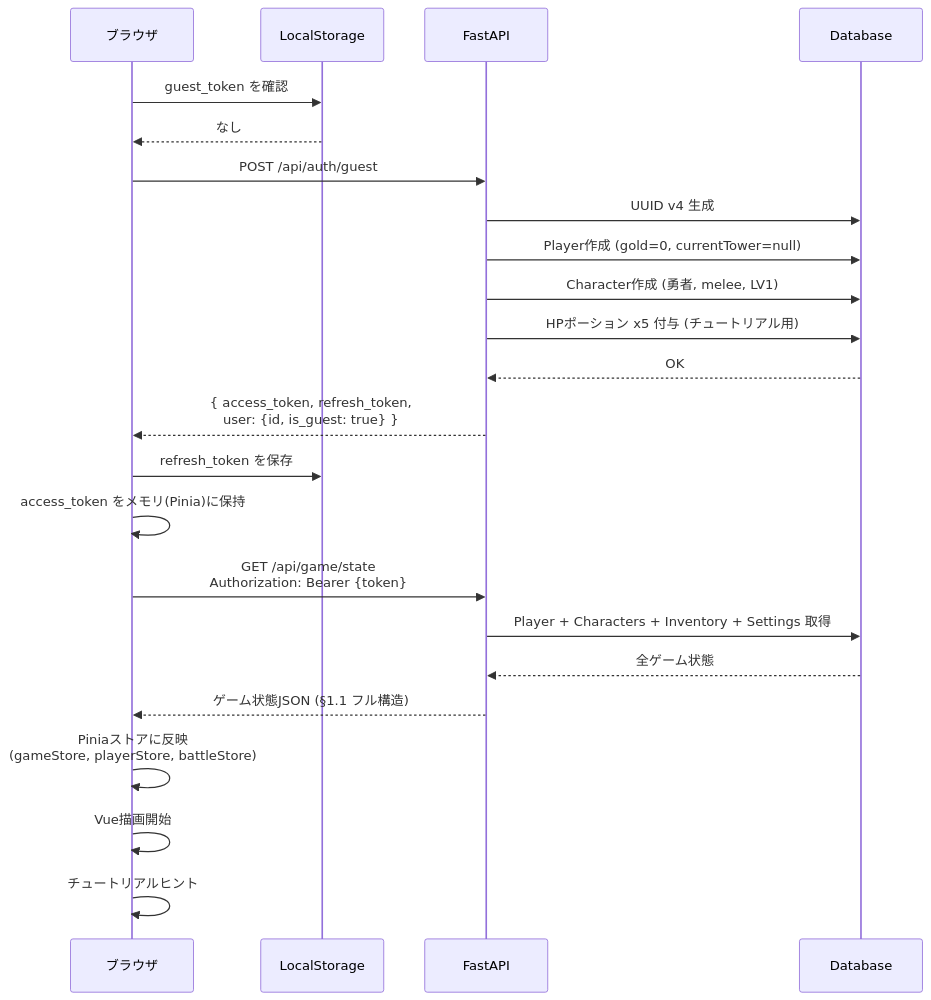
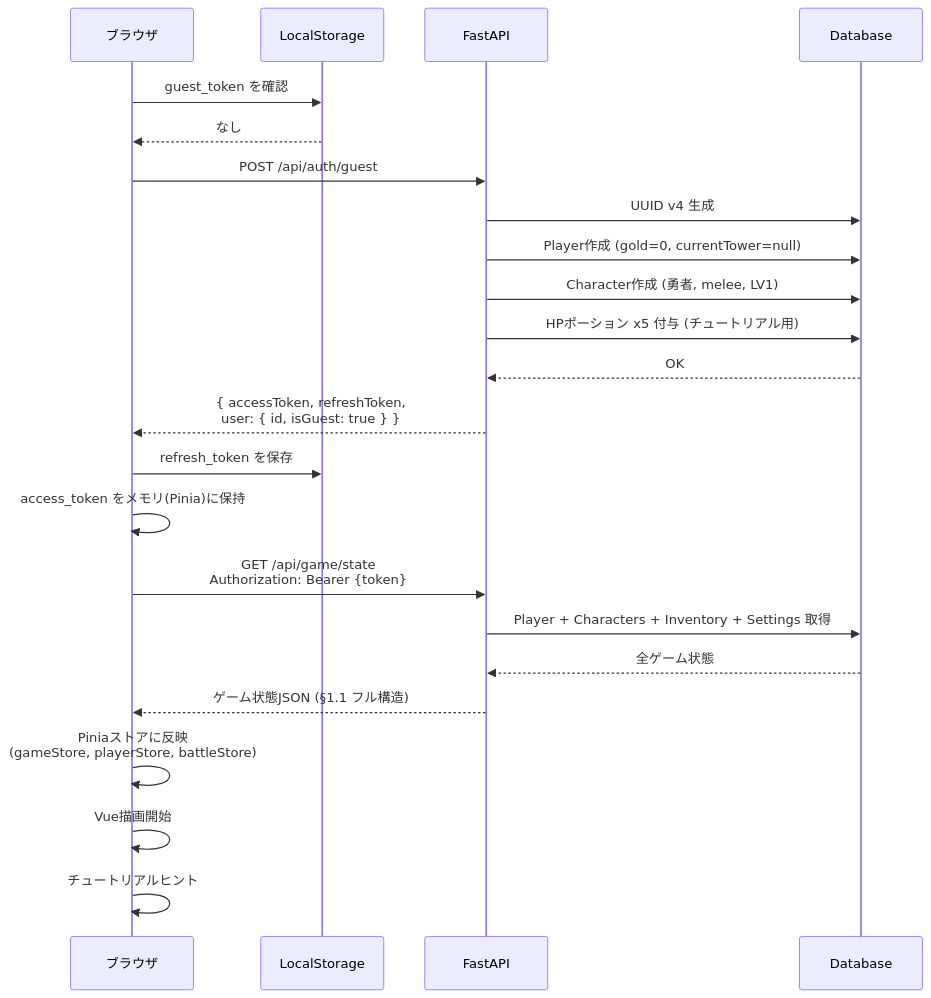
Before and after one commit to dateeee/2026_AFKGAME: the first of 14 diagrams in diagrams/api_sequence.md, drawn with Mermaid. The commit also changed other lines of this file and 34 other files, not shown here.

First line of the commit message:
docs+fix: 工程定義に基づく要件〜詳細設計の見直し — 全仕様書・設計図レビューと指摘修正

````diff
--- a/diagrams/api_sequence.md
+++ b/diagrams/api_sequence.md
@@ -7,31 +7,31 @@
 ```mermaid
 %%{init: {'theme': 'default', 'sequence': {'actorFontSize': 18, 'messageFontSize': 16, 'noteFontSize': 14}} }%%
 sequenceDiagram
     participant B as ブラウザ
     participant LS as LocalStorage
     participant API as FastAPI
     participant DB as Database
 
     B->>LS: guest_token を確認
     LS-->>B: なし
 
     B->>API: POST /api/auth/guest
     API->>DB: UUID v4 生成
     API->>DB: Player作成 (gold=0, currentTower=null)
     API->>DB: Character作成 (勇者, melee, LV1)
     API->>DB: HPポーション x5 付与 (チュートリアル用)
     DB-->>API: OK
-    API-->>B: { access_token, refresh_token,<br/>user: {id, is_guest: true} }
+    API-->>B: { accessToken, refreshToken,<br/>user: { id, isGuest: true } }
 
     B->>LS: refresh_token を保存
     B->>B: access_token をメモリ(Pinia)に保持
 
     B->>API: GET /api/game/state<br/>Authorization: Bearer {token}
     API->>DB: Player + Characters + Inventory + Settings 取得
     DB-->>API: 全ゲーム状態
     API-->>B: ゲーム状態JSON (§1.1 フル構造)
 
     B->>B: Piniaストアに反映<br/>(gameStore, playerStore, battleStore)
     B->>B: Vue描画開始
     B->>B: チュートリアルヒント#1 表示<br/>「冒険者が自動で塔を探索します」
 ```
````
